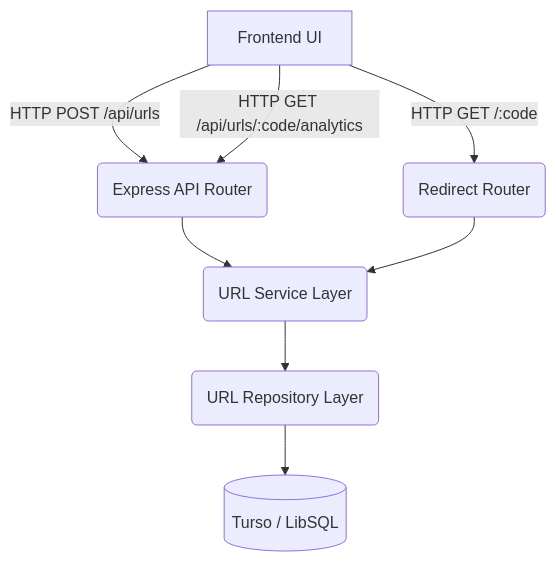
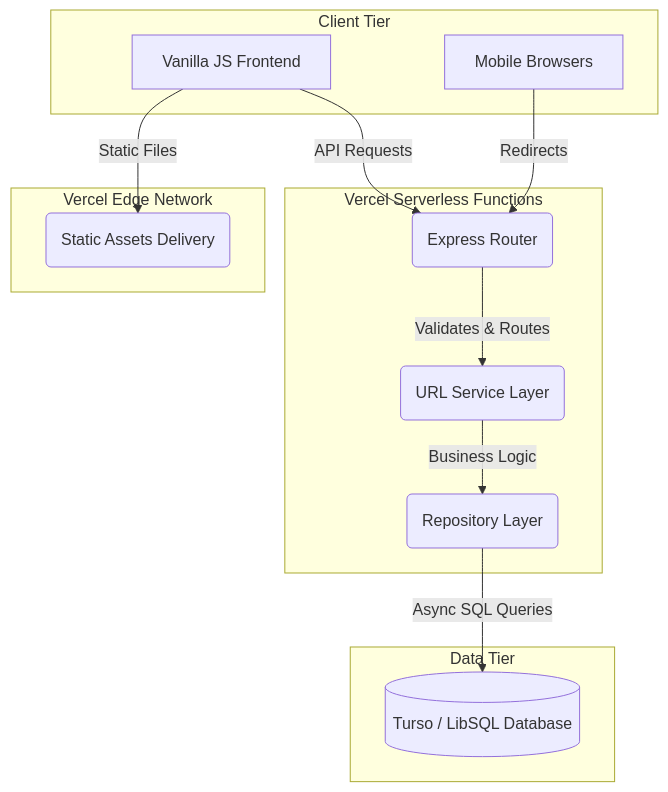
One commit to arman080325/SnapURL-Project changed the diagram in README.md. Above: the diagram before and after it, drawn with Mermaid. The commit also changed other lines of this file, not shown here.

````diff
--- a/README.md
+++ b/README.md
@@ -40,12 +82,29 @@
 ```mermaid
 graph TD
-    UI[Frontend UI] -->|HTTP POST /api/urls| API(Express API Router)
-    UI -->|HTTP GET /api/urls/:code/analytics| API
-    UI -->|HTTP GET /:code| REDIRECT(Redirect Router)
+    subgraph Client [Client Tier]
+        UI[Vanilla JS Frontend]
+        Mobile[Mobile Browsers]
+    end
+
+    subgraph CDN [Vercel Edge Network]
+        STATIC(Static Assets Delivery)
+    end
+
+    subgraph Compute [Vercel Serverless Functions]
+        ROUTER(Express Router)
+        SVC(URL Service Layer)
+        REP(Repository Layer)
+    end
+
+    subgraph Data [Data Tier]
+        TURSO[(Turso / LibSQL Database)]
+    end
+
+    UI -->|Static Files| STATIC
+    UI -->|API Requests| ROUTER
+    Mobile -->|Redirects| ROUTER
     
-    API --> SVC(URL Service Layer)
-    REDIRECT --> SVC
-    
-    SVC --> REP(URL Repository Layer)
-    REP --> DB[(Turso / LibSQL)]
+    ROUTER -->|Validates & Routes| SVC
+    SVC -->|Business Logic| REP
+    REP -->|Async SQL Queries| TURSO
 ```
````
